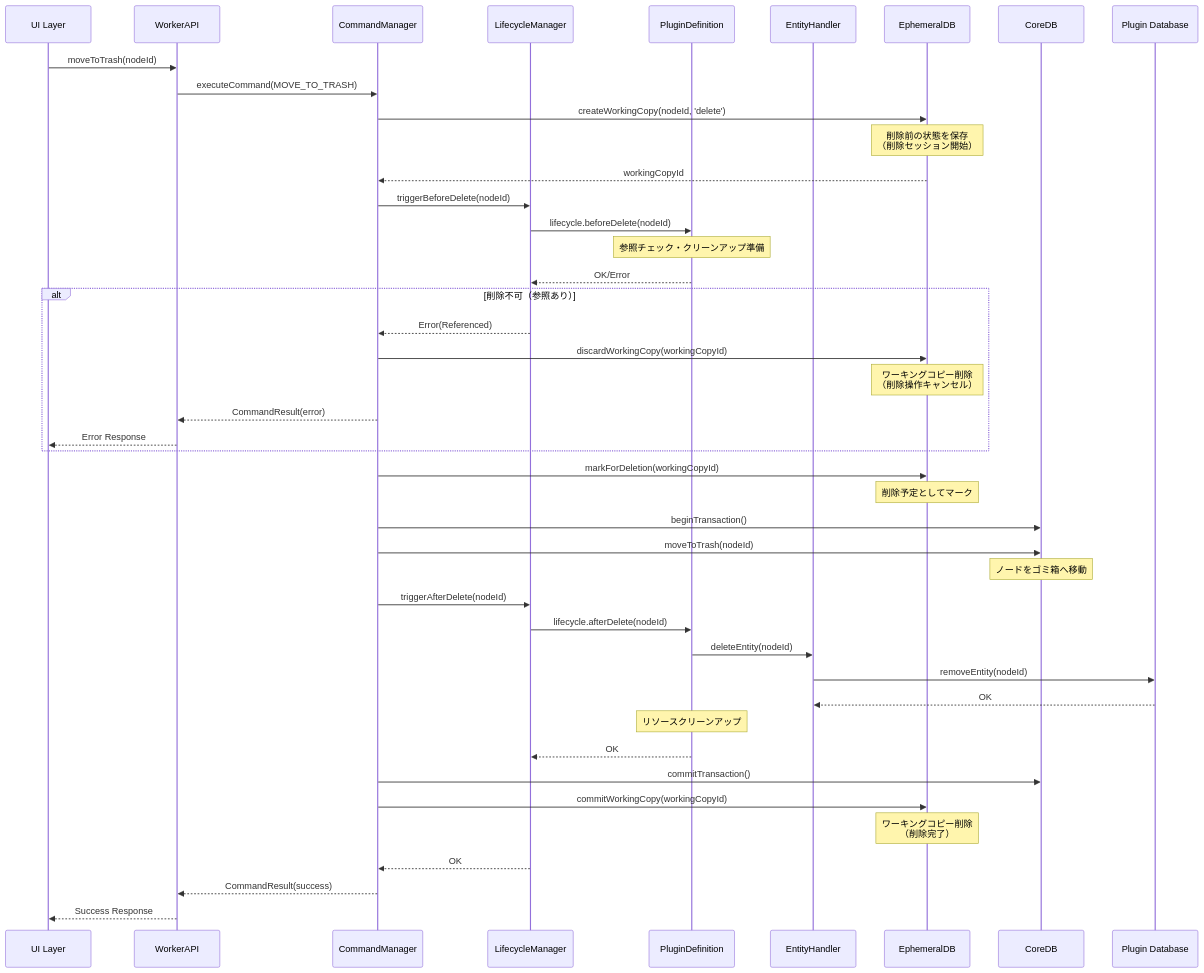
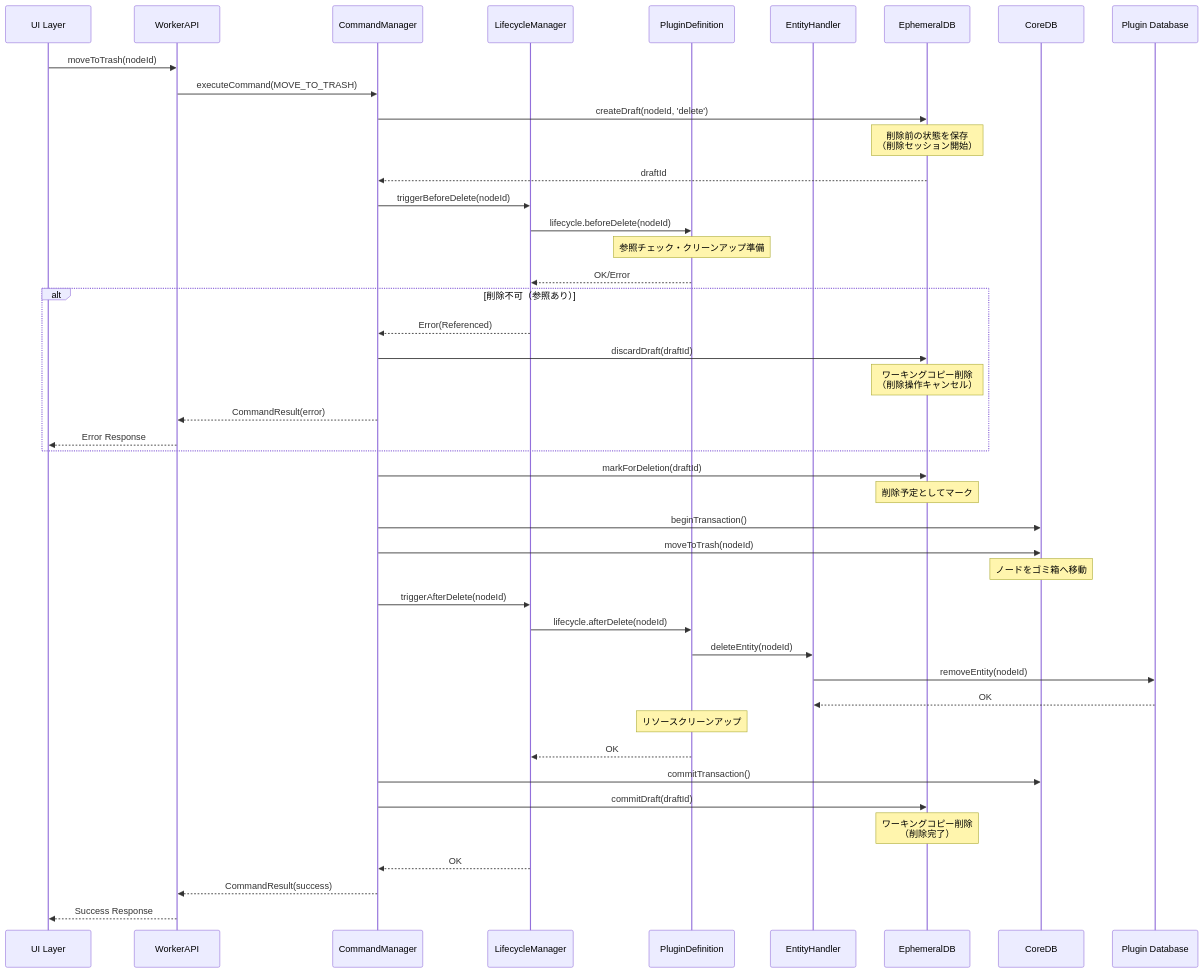
One commit to kubohiroya/hierarchidb changed the third of 3 diagrams in docs/deprecated/09-0-aop-guide.md. Above: the diagram before and after it, drawn with Mermaid. The commit also changed other lines of this file and 796 other files, not shown here.

````diff
--- a/docs/deprecated/09-0-aop-guide.md
+++ b/docs/deprecated/09-0-aop-guide.md
@@ -199,63 +199,63 @@
 ```mermaid
 sequenceDiagram
     participant UI as UI Layer
     participant WA as WorkerAPI
     participant CM as CommandManager
     participant LM as LifecycleManager
     participant PD as PluginDefinition
     participant EH as EntityHandler
     participant EDB as EphemeralDB
     participant CDB as CoreDB
     participant PDB as Plugin Database
 
     UI->>WA: moveToTrash(nodeId)
     WA->>CM: executeCommand(MOVE_TO_TRASH)
     
     %% 削除用ワーキングコピー作成
-    CM->>EDB: createWorkingCopy(nodeId, 'delete')
+    CM->>EDB: createDraft(nodeId, 'delete')
     Note over EDB: 削除前の状態を保存<br/>（削除セッション開始）
-    EDB-->>CM: workingCopyId
+    EDB-->>CM: draftId
     
     CM->>LM: triggerBeforeDelete(nodeId)
     LM->>PD: lifecycle.beforeDelete(nodeId)
     
     Note over PD: 参照チェック・クリーンアップ準備
     PD-->>LM: OK/Error
     
     alt 削除不可（参照あり）
         LM-->>CM: Error(Referenced)
-        CM->>EDB: discardWorkingCopy(workingCopyId)
+        CM->>EDB: discardDraft(draftId)
         Note over EDB: ワーキングコピー削除<br/>（削除操作キャンセル）
         CM-->>WA: CommandResult(error)
         WA-->>UI: Error Response
     end
     
     %% ワーキングコピーで削除をマーク
-    CM->>EDB: markForDeletion(workingCopyId)
+    CM->>EDB: markForDeletion(draftId)
     Note over EDB: 削除予定としてマーク
     
     %% CoreDBでゴミ箱移動処理
     CM->>CDB: beginTransaction()
     CM->>CDB: moveToTrash(nodeId)
     Note over CDB: ノードをゴミ箱へ移動
     
     %% プラグインエンティティ削除
     CM->>LM: triggerAfterDelete(nodeId)
     LM->>PD: lifecycle.afterDelete(nodeId)
     
     PD->>EH: deleteEntity(nodeId)
     EH->>PDB: removeEntity(nodeId)
     PDB-->>EH: OK
     
     Note over PD: リソースクリーンアップ
     PD-->>LM: OK
     
     %% コミット完了
     CM->>CDB: commitTransaction()
-    CM->>EDB: commitWorkingCopy(workingCopyId)
+    CM->>EDB: commitDraft(draftId)
     Note over EDB: ワーキングコピー削除<br/>（削除完了）
     
     LM-->>CM: OK
     CM-->>WA: CommandResult(success)
     WA-->>UI: Success Response
 ```
````
